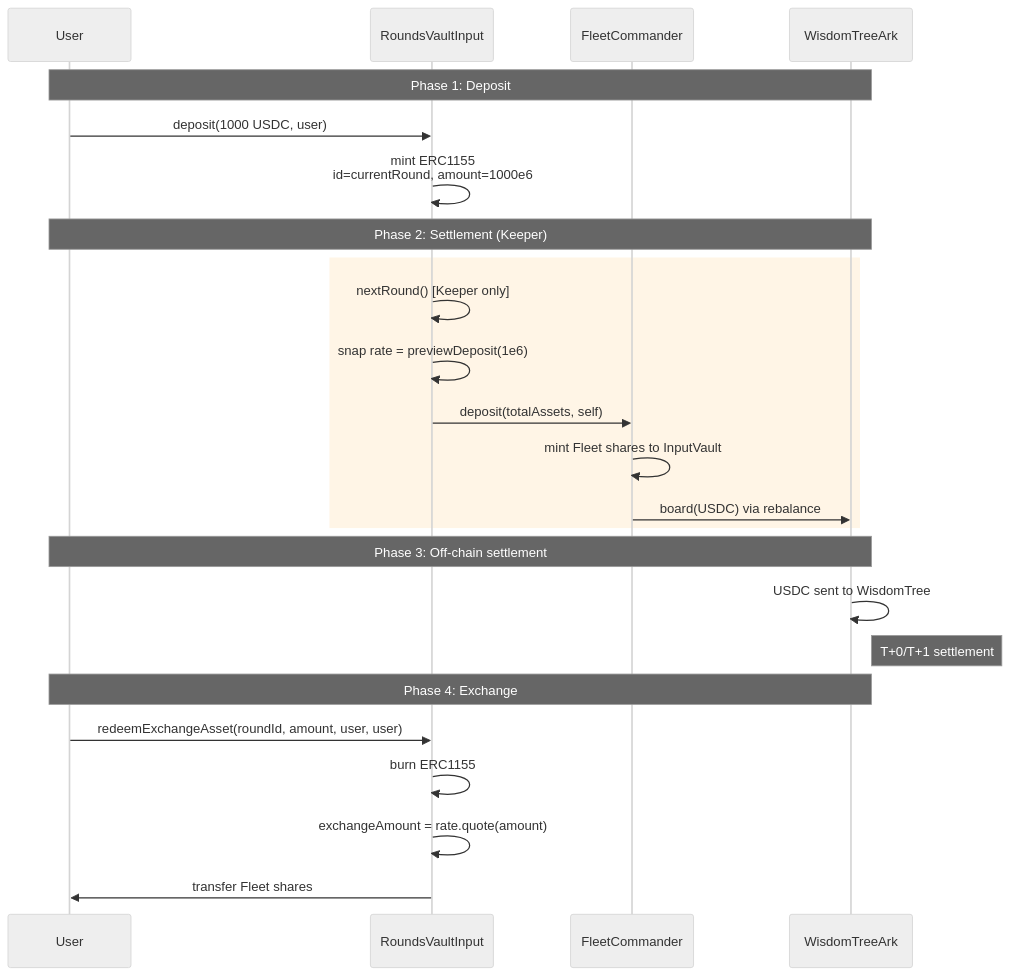
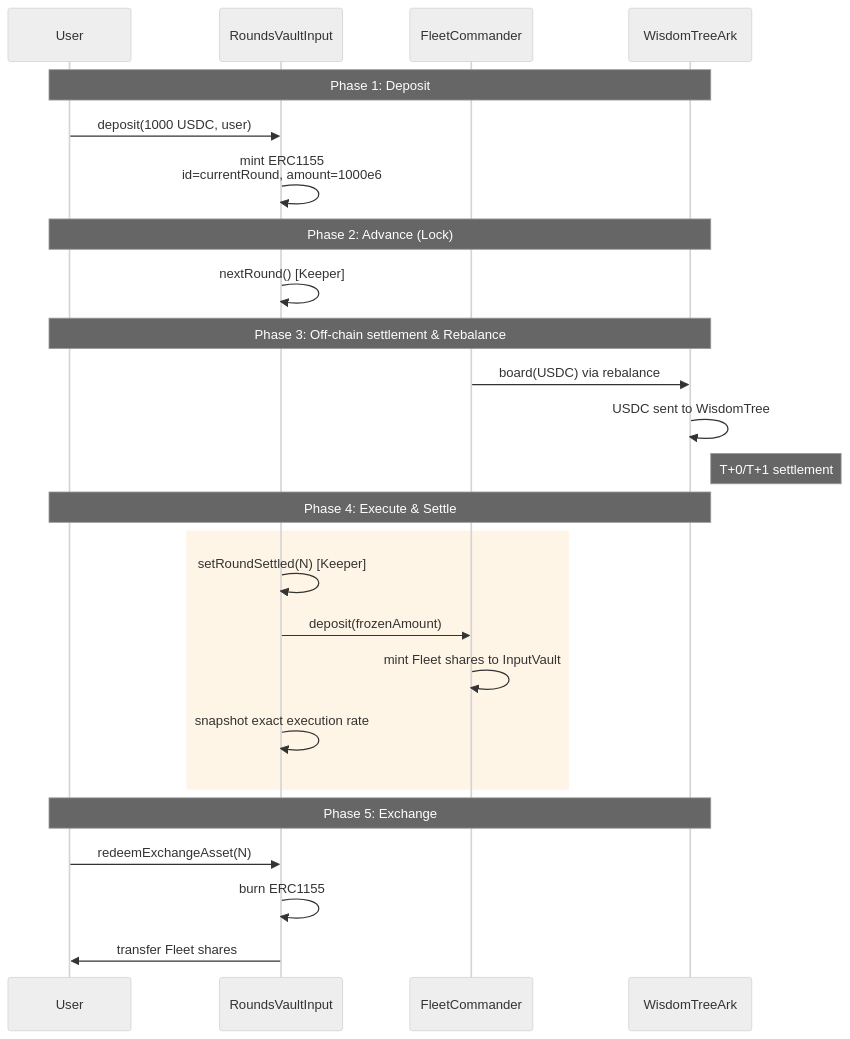
One commit to OasisDEX/summer-earn-protocol changed the fifth of 8 diagrams in packages/core-contracts/src/contracts/rounds-vault/docs/rounds_vault_technical_reference.md. Above: the diagram before and after it, drawn with Mermaid (neutral theme). The commit also changed other lines of this file and 10 other files, not shown here.

Commit message:
refactor: decouple round advancement from settlement to enable two-phase execution and precise exchange rate calculation per round

````diff
--- a/packages/core-contracts/src/contracts/rounds-vault/docs/rounds_vault_technical_reference.md
+++ b/packages/core-contracts/src/contracts/rounds-vault/docs/rounds_vault_technical_reference.md
@@ -171,30 +182,32 @@
 ```mermaid
 sequenceDiagram
     participant User
     participant InputVault as RoundsVaultInput
     participant Fleet as FleetCommander
     participant Ark as WisdomTreeArk
 
     Note over User,Ark: Phase 1: Deposit
     User->>InputVault: deposit(1000 USDC, user)
     InputVault->>InputVault: mint ERC1155<br/>id=currentRound, amount=1000e6
 
-    Note over User,Ark: Phase 2: Settlement (Keeper)
-    rect rgb(255, 245, 230)
-        InputVault->>InputVault: nextRound() [Keeper only]
-        InputVault->>InputVault: snap rate = previewDeposit(1e6)
-        InputVault->>Fleet: deposit(totalAssets, self)
-        Fleet->>Fleet: mint Fleet shares to InputVault
-        Fleet->>Ark: board(USDC) via rebalance
-    end
+    Note over User,Ark: Phase 2: Advance (Lock)
+    InputVault->>InputVault: nextRound() [Keeper]
 
-    Note over User,Ark: Phase 3: Off-chain settlement
+    Note over User,Ark: Phase 3: Off-chain settlement & Rebalance
+    Fleet->>Ark: board(USDC) via rebalance
     Ark->>Ark: USDC sent to WisdomTree
     Note right of Ark: T+0/T+1 settlement
 
-    Note over User,Ark: Phase 4: Exchange
-    User->>InputVault: redeemExchangeAsset(roundId, amount, user, user)
+    Note over User,Ark: Phase 4: Execute & Settle
+    rect rgb(255, 245, 230)
+        InputVault->>InputVault: setRoundSettled(N) [Keeper]
+        InputVault->>Fleet: deposit(frozenAmount)
+        Fleet->>Fleet: mint Fleet shares to InputVault
+        InputVault->>InputVault: snapshot exact execution rate
+    end
+
+    Note over User,Ark: Phase 5: Exchange
+    User->>InputVault: redeemExchangeAsset(N)
     InputVault->>InputVault: burn ERC1155
-    InputVault->>InputVault: exchangeAmount = rate.quote(amount)
     InputVault->>User: transfer Fleet shares
 ```
````
